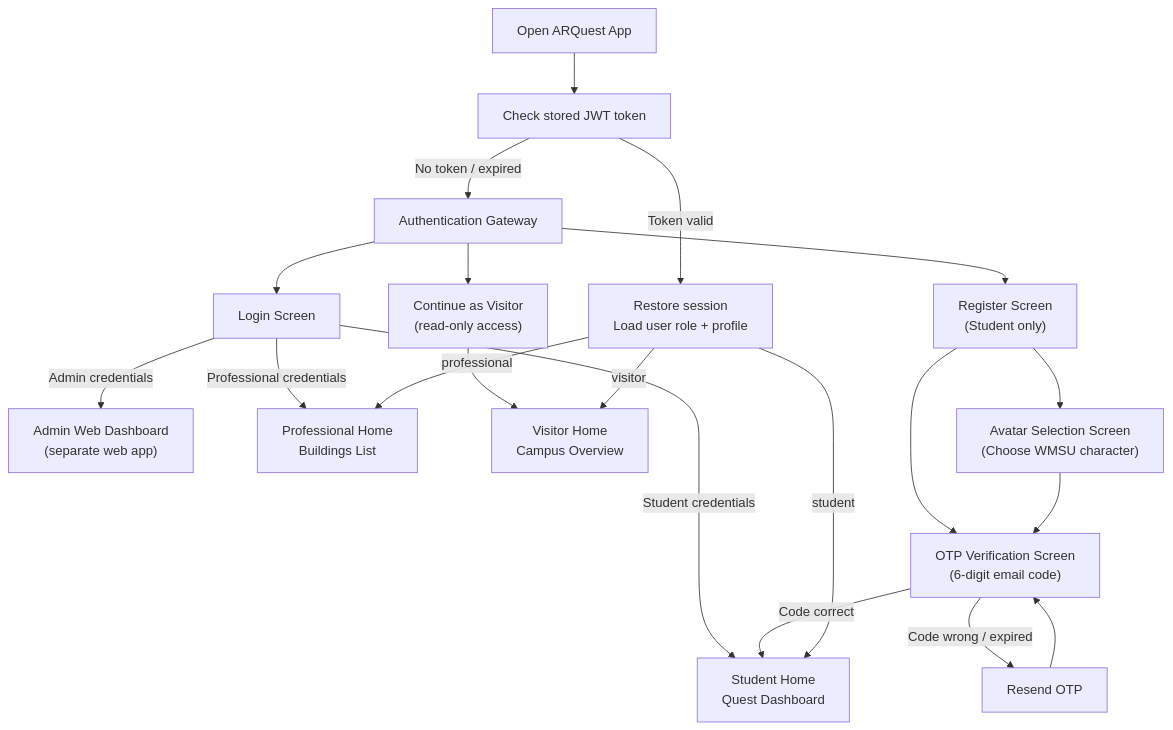
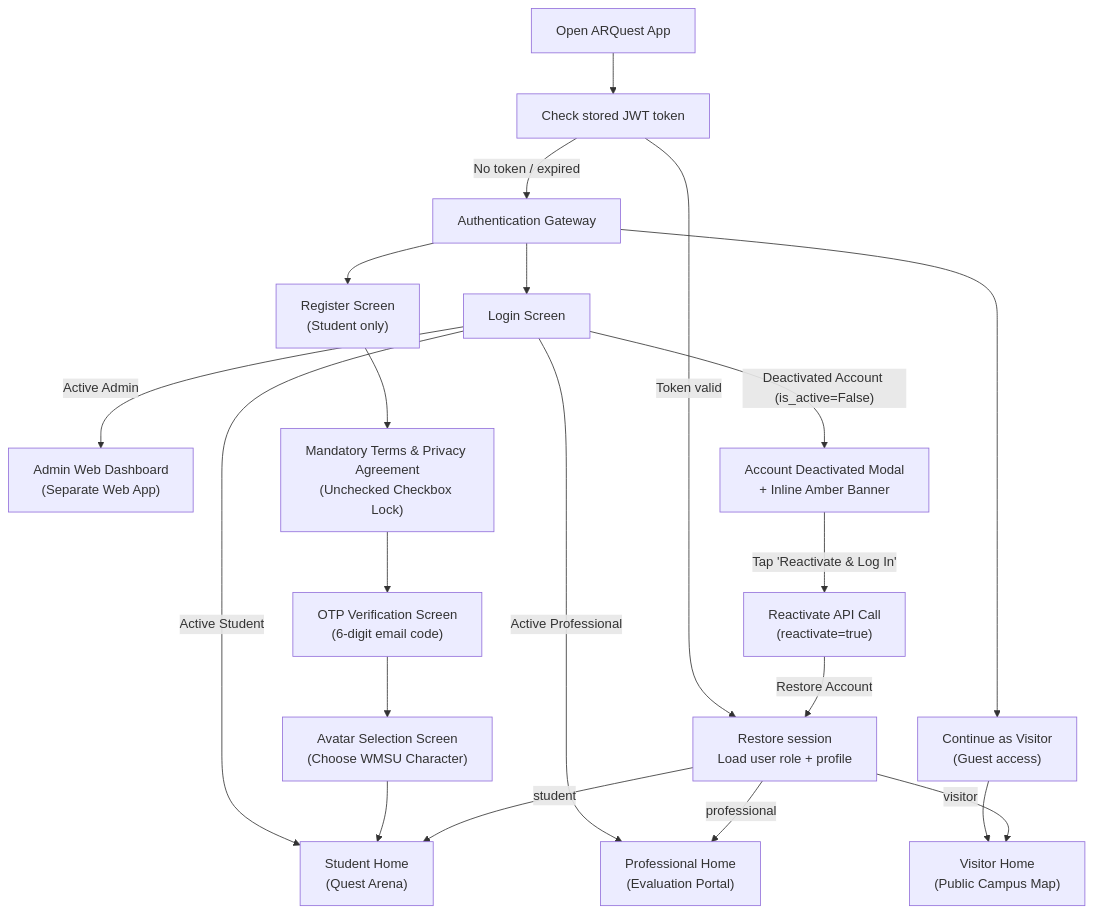
The first of 6 diagrams in user-flow.md (Cipher-Syntax/ARQuest), drawn with Mermaid before and after one commit. The commit also changed other lines of this file and 10 other files, not shown here.

Commit message:
feat(web): redesign Admin Dashboard with real-time KPIs, foot traffic charts, and content coverage; synchronize all 9 system architecture docs

````diff
--- a/user-flow.md
+++ b/user-flow.md
@@ -12,30 +10,33 @@
 ```mermaid
 flowchart TD
     OPEN["Open ARQuest App"]
     CHECK["Check stored JWT token"]
 
     OPEN --> CHECK
 
     CHECK -->|"Token valid"| RESTORE["Restore session\nLoad user role + profile"]
     CHECK -->|"No token / expired"| GATE["Authentication Gateway"]
 
     GATE --> LOGIN["Login Screen"]
     GATE --> REGISTER["Register Screen\n(Student only)"]
-    GATE --> VISITOR["Continue as Visitor\n(read-only access)"]
+    GATE --> VISITOR["Continue as Visitor\n(Guest access)"]
 
-    LOGIN -->|"Admin credentials"| ADMIN_HOME["Admin Web Dashboard\n(separate web app)"]
-    LOGIN -->|"Student credentials"| STUDENT_HOME["Student Home\nQuest Dashboard"]
-    LOGIN -->|"Professional credentials"| PROF_HOME["Professional Home\nBuildings List"]
-    VISITOR --> VISITOR_HOME["Visitor Home\nCampus Overview"]
+    LOGIN -->|"Active Student"| STUDENT_HOME["Student Home\n(Quest Arena)"]
+    LOGIN -->|"Active Professional"| PROF_HOME["Professional Home\n(Evaluation Portal)"]
+    LOGIN -->|"Active Admin"| ADMIN_HOME["Admin Web Dashboard\n(Separate Web App)"]
+    
+    LOGIN -->|"Deactivated Account (is_active=False)"| DEACT_MODAL["Account Deactivated Modal\n+ Inline Amber Banner"]
+    DEACT_MODAL -->|"Tap 'Reactivate & Log In'"| REACTIVATE["Reactivate API Call\n(reactivate=true)"]
+    REACTIVATE -->|"Restore Account"| RESTORE
 
-    REGISTER --> OTP["OTP Verification Screen\n(6-digit email code)"]
-    REGISTER --> AVATAR["Avatar Selection Screen\n(Choose WMSU character)"]
-    AVATAR --> OTP
-    OTP -->|"Code correct"| STUDENT_HOME
-    OTP -->|"Code wrong / expired"| RESEND["Resend OTP"]
-    RESEND --> OTP
+    REGISTER --> ONBOARDING_LEGAL["Mandatory Terms & Privacy Agreement\n(Unchecked Checkbox Lock)"]
+    ONBOARDING_LEGAL --> OTP["OTP Verification Screen\n(6-digit email code)"]
+    OTP --> AVATAR["Avatar Selection Screen\n(Choose WMSU Character)"]
+    AVATAR --> STUDENT_HOME
+
+    VISITOR --> VISITOR_HOME["Visitor Home\n(Public Campus Map)"]
 
     RESTORE -->|"student"| STUDENT_HOME
     RESTORE -->|"professional"| PROF_HOME
     RESTORE -->|"visitor"| VISITOR_HOME
 ```
````
